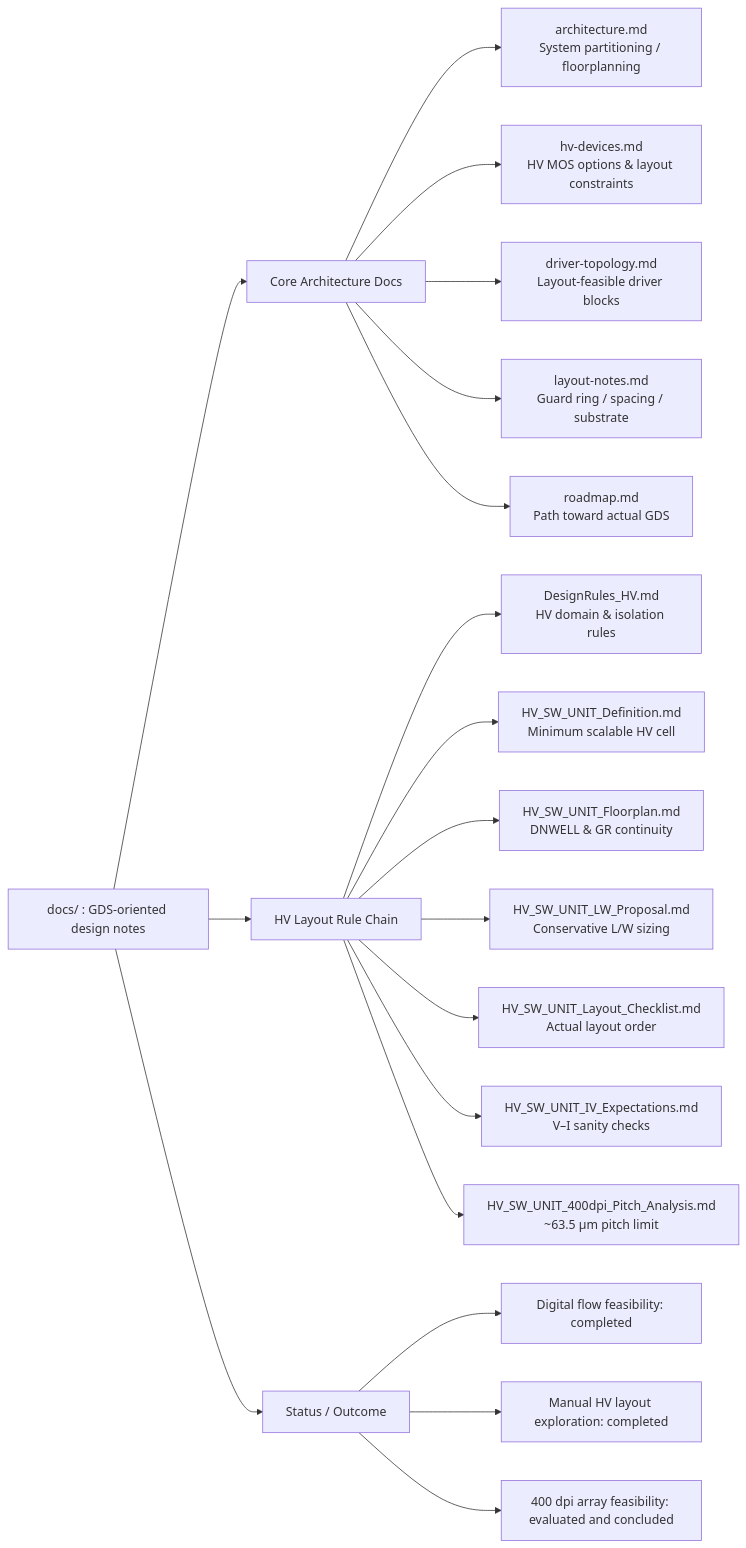
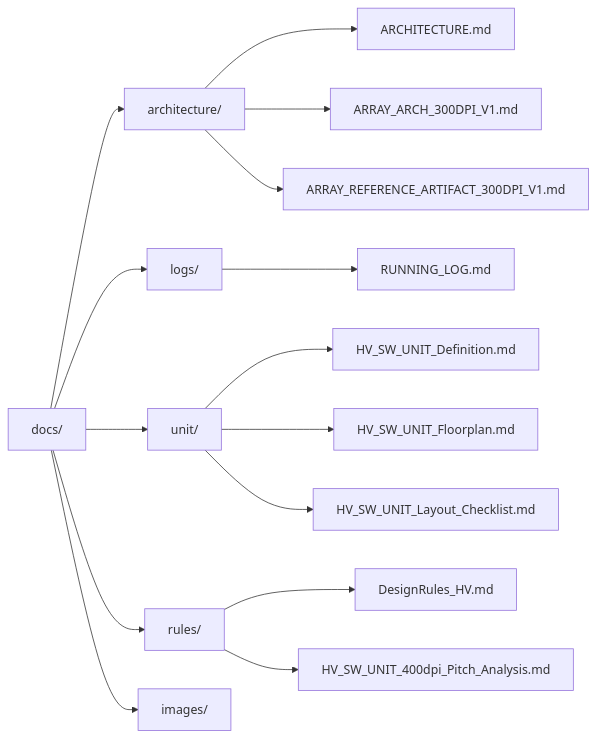
Before and after one commit to Samizo-AITL/gf180-inkjet-driver: the diagram in docs/index.md, drawn with Mermaid. The commit also changed other lines of this file, not shown here.

````diff
--- a/docs/index.md
+++ b/docs/index.md
@@ -65,24 +65,21 @@
 ```mermaid
 flowchart LR
-  A[docs/ : GDS-oriented design notes] --> B[Core Architecture Docs]
-  A --> C[HV Layout Rule Chain]
-  A --> D[Status / Outcome]
+  A[docs/] --> B[architecture/]
+  A --> C[logs/]
+  A --> D[unit/]
+  A --> E[rules/]
+  A --> F[images/]
 
-  B --> B1[architecture.md\nSystem partitioning / floorplanning]
-  B --> B2[hv-devices.md\nHV MOS options & layout constraints]
-  B --> B3[driver-topology.md\nLayout-feasible driver blocks]
-  B --> B4[layout-notes.md\nGuard ring / spacing / substrate]
-  B --> B5[roadmap.md\nPath toward actual GDS]
+  B --> B1[ARCHITECTURE.md]
+  B --> B2[ARRAY_ARCH_300DPI_V1.md]
+  B --> B3[ARRAY_REFERENCE_ARTIFACT_300DPI_V1.md]
 
-  C --> C1[DesignRules_HV.md\nHV domain & isolation rules]
-  C --> C2[HV_SW_UNIT_Definition.md\nMinimum scalable HV cell]
-  C --> C3[HV_SW_UNIT_Floorplan.md\nDNWELL & GR continuity]
-  C --> C4[HV_SW_UNIT_LW_Proposal.md\nConservative L/W sizing]
-  C --> C5[HV_SW_UNIT_Layout_Checklist.md\nActual layout order]
-  C --> C6[HV_SW_UNIT_IV_Expectations.md\nV–I sanity checks]
-  C --> C7[HV_SW_UNIT_400dpi_Pitch_Analysis.md\n~63.5 µm pitch limit]
+  C --> C1[RUNNING_LOG.md]
 
-  D --> D1[Digital flow feasibility: completed]
-  D --> D2[Manual HV layout exploration: completed]
-  D --> D3[400 dpi array feasibility: evaluated and concluded]
+  D --> D1[HV_SW_UNIT_Definition.md]
+  D --> D2[HV_SW_UNIT_Floorplan.md]
+  D --> D3[HV_SW_UNIT_Layout_Checklist.md]
+
+  E --> E1[DesignRules_HV.md]
+  E --> E2[HV_SW_UNIT_400dpi_Pitch_Analysis.md]
 ```
````
